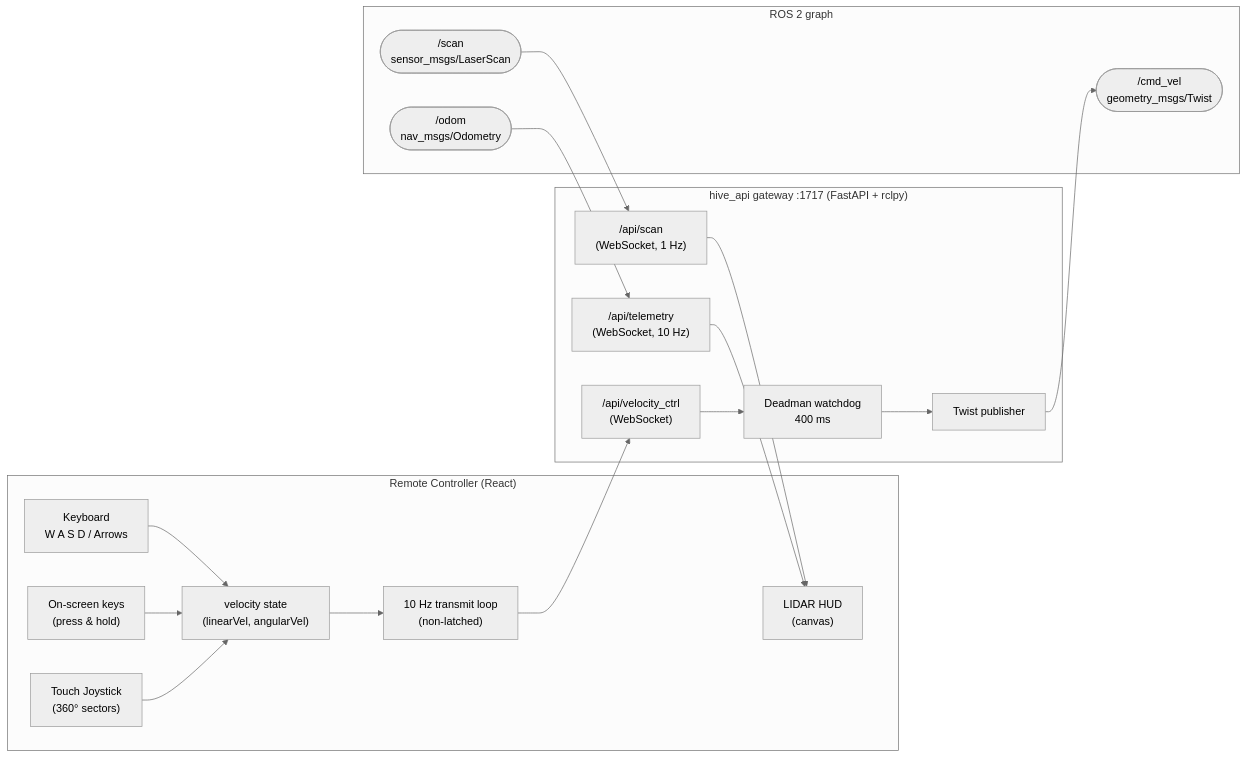
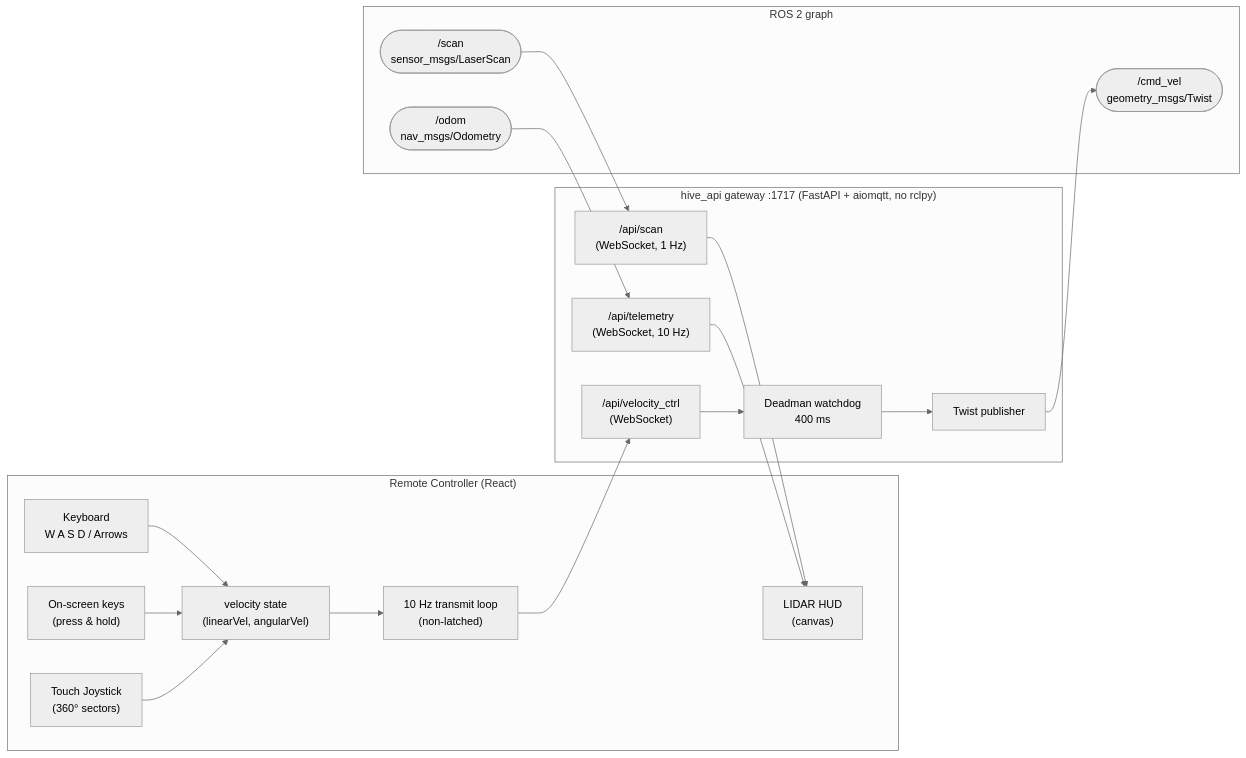
The first of 3 diagrams in docs/RemoteController.md (darshan-kt/robot_api_nav), drawn with Mermaid (neutral theme) before and after one commit. The commit also changed other lines of this file and 89 other files, not shown here.

````diff
--- a/docs/RemoteController.md
+++ b/docs/RemoteController.md
@@ -16,32 +22,32 @@
 ```mermaid
 flowchart LR
     subgraph Browser["Remote Controller (React)"]
         KB["Keyboard\nW A S D / Arrows"]
         SK["On-screen keys\n(press & hold)"]
         JS["Touch Joystick\n(360° sectors)"]
         HUD["LIDAR HUD\n(canvas)"]
         VEL["velocity state\n(linearVel, angularVel)"]
         LOOP["10 Hz transmit loop\n(non-latched)"]
     end
 
-    subgraph Gateway["hive_api gateway :1717 (FastAPI + rclpy)"]
+    subgraph Gateway["hive_api gateway :1717 (FastAPI + aiomqtt, no rclpy)"]
         WSV["/api/velocity_ctrl\n(WebSocket)"]
         WSS["/api/scan\n(WebSocket, 1 Hz)"]
         WST["/api/telemetry\n(WebSocket, 10 Hz)"]
         DOG["Deadman watchdog\n400 ms"]
         PUB["Twist publisher"]
     end
 
     subgraph ROS["ROS 2 graph"]
         CMD(["/cmd_vel\ngeometry_msgs/Twist"])
         SCAN(["/scan\nsensor_msgs/LaserScan"])
         ODOM(["/odom\nnav_msgs/Odometry"])
     end
 
     KB --> VEL
     SK --> VEL
     JS --> VEL
     VEL --> LOOP --> WSV --> DOG --> PUB --> CMD
     SCAN --> WSS --> HUD
     ODOM --> WST --> HUD
 ```
````
